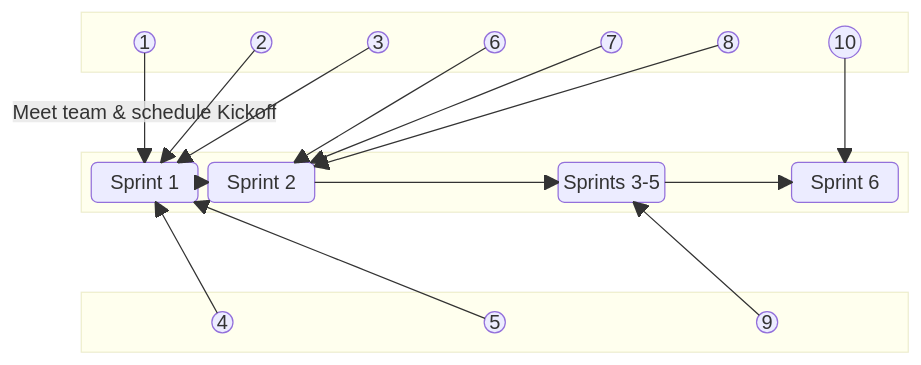
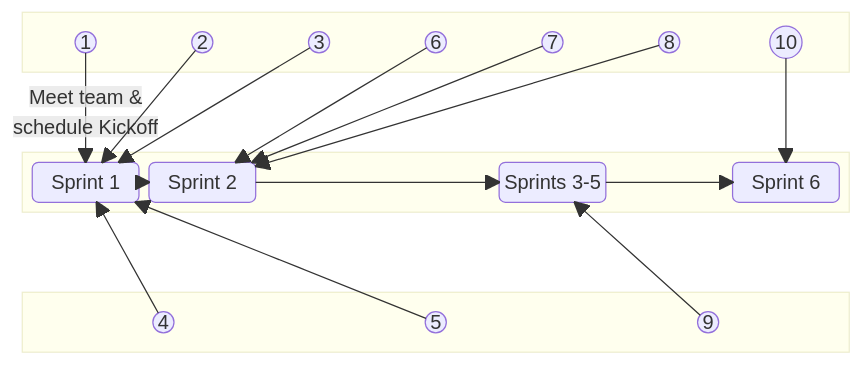
Before and after one commit to jdmedlock/mermaid_testing: the diagram in README.md, drawn with Mermaid.

Commit message:
Feature: Recreate linear sprint diagram

````diff
--- a/README.md
+++ b/README.md
@@ -4,38 +4,38 @@
 ```mermaid
   block-beta
     columns 1
     block:ANNOTATIONSTOP
       A1(("1"))
       A2(("2"))
       A3(("3"))
       A6(("6"))
       A7(("7"))
       A8(("8"))
       A10(("10"))
     end
     space
     block:SPRINTS
       SPRINT1("Sprint 1") --> SPRINT2("Sprint 2")
       space
       space
       SPRINT2 --> SPRINT35("Sprints 3-5")
       space
       SPRINT35 --> SPRINT6("Sprint 6")
     end
     space
       block:ANNOTATIONSBOTTOM
       A4(("4"))
       A5(("5"))
       A9(("9"))
     end
-    A1 -- "Meet team & schedule Kickoff" --> SPRINT1
+    A1 -- "Meet team &</br>schedule Kickoff" --> SPRINT1
     A2 ----> SPRINT1
     A3 ----> SPRINT1
     A4 ----> SPRINT1
     A5 ----> SPRINT1
     A6 ----> SPRINT2
     A7 ----> SPRINT2
     A8 ----> SPRINT2
     A9 ----> SPRINT35
     A10 ----> SPRINT6
 ```
````
